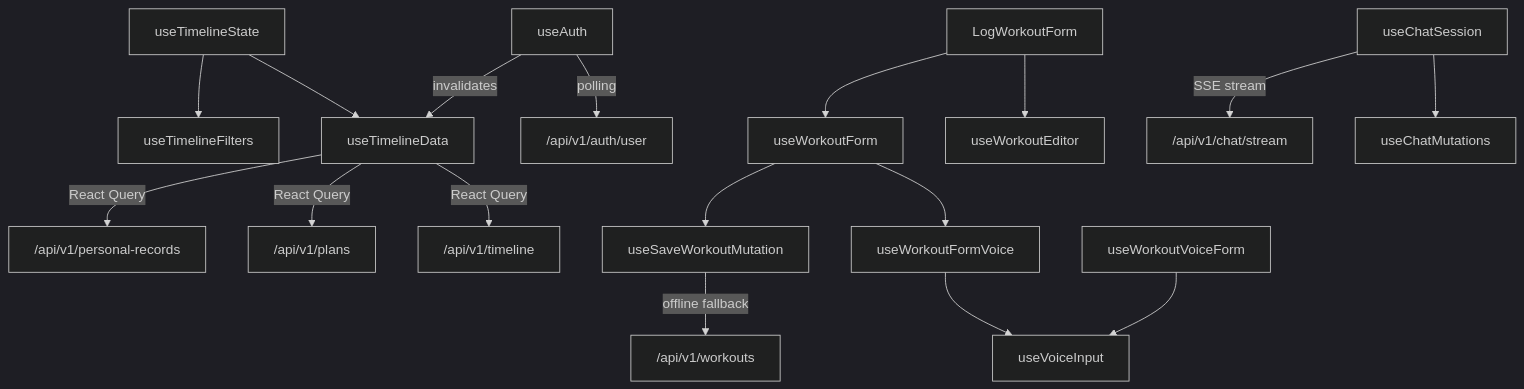
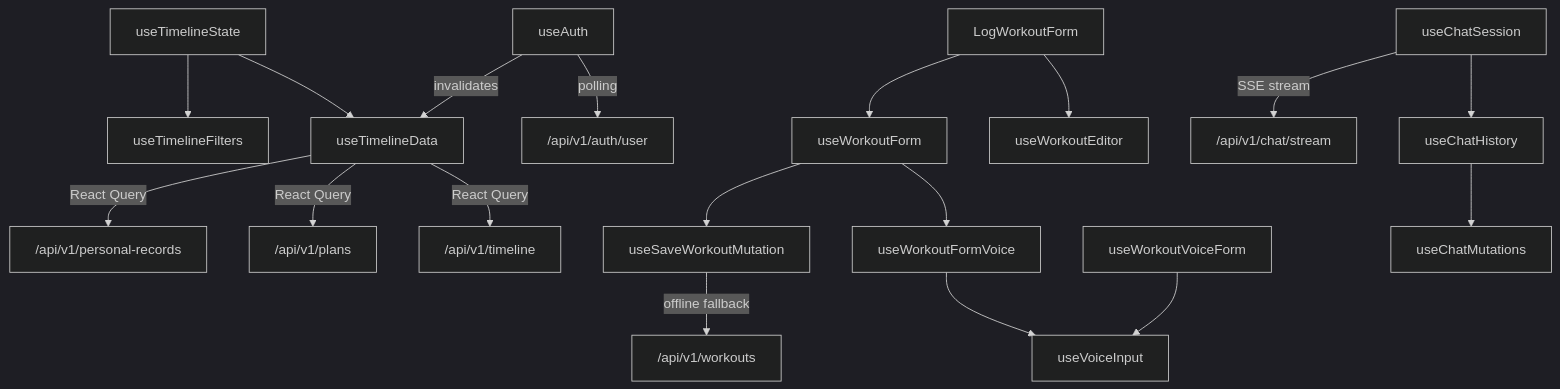
The first of 2 diagrams in docs/state-management.md (daler91/Hyrox-Companion), drawn with Mermaid (dark theme) before and after one commit. The commit also changed other lines of this file and 7 other files, not shown here.

First line of the commit message:
refactor(chat): split useChatSession into focused pieces

````diff
--- a/docs/state-management.md
+++ b/docs/state-management.md
@@ -210,22 +213,23 @@
 ```mermaid
 flowchart TD
     UTS[useTimelineState] --> UTD[useTimelineData]
     UTS --> UTF[useTimelineFilters]
     UTD --> |React Query| API["/api/v1/timeline"]
     UTD --> |React Query| API2["/api/v1/plans"]
     UTD --> |React Query| API3["/api/v1/personal-records"]
     
     LWF[LogWorkoutForm] --> UWE[useWorkoutEditor]
     LWF --> UWF[useWorkoutForm]
     UWF --> UWFV[useWorkoutFormVoice]
     UWF --> USWM[useSaveWorkoutMutation]
     UWFV --> UVI[useVoiceInput]
     USWM --> |offline fallback| API6["/api/v1/workouts"]
     UWVF[useWorkoutVoiceForm] --> UVI
     
-    UCS[useChatSession] --> UCM[useChatMutations]
+    UCS[useChatSession] --> UCH[useChatHistory]
+    UCH --> UCM[useChatMutations]
     UCS --> |SSE stream| API4["/api/v1/chat/stream"]
     
     UA[useAuth] --> |polling| API5["/api/v1/auth/user"]
     UA --> |invalidates| UTD
 ```
````
